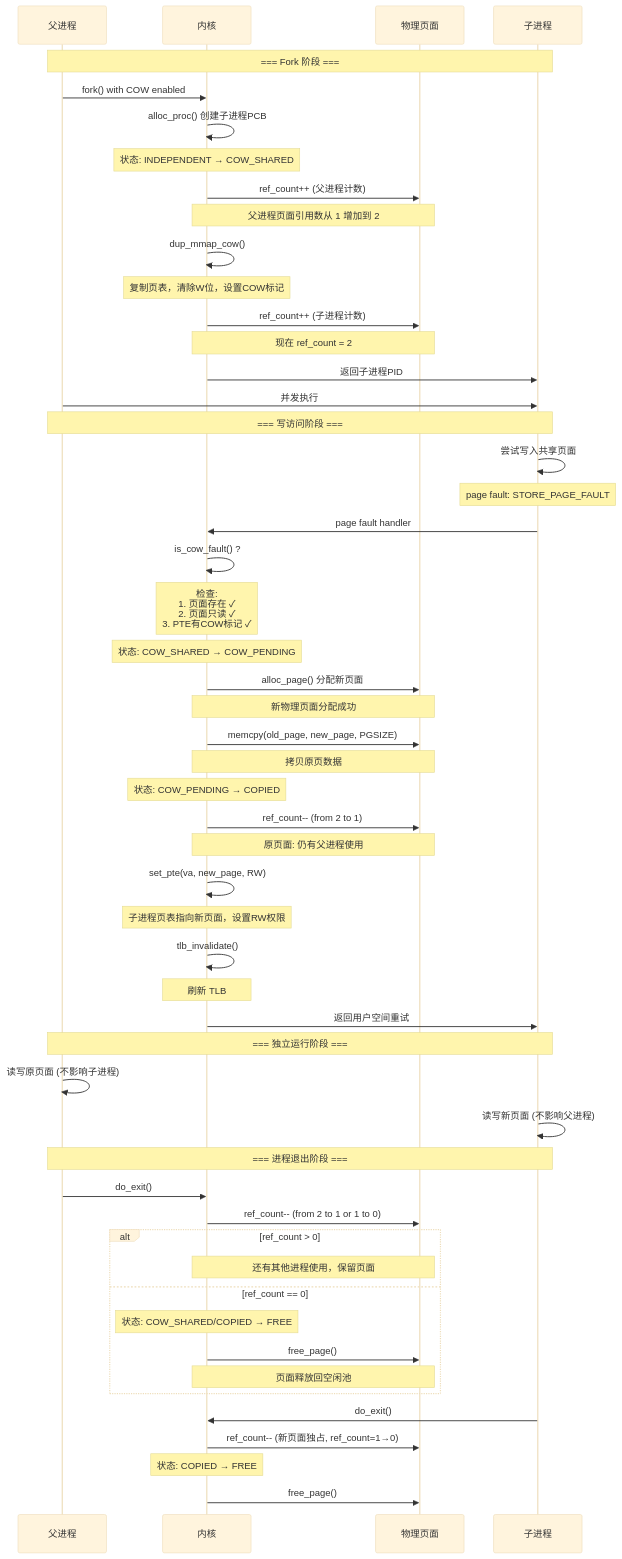
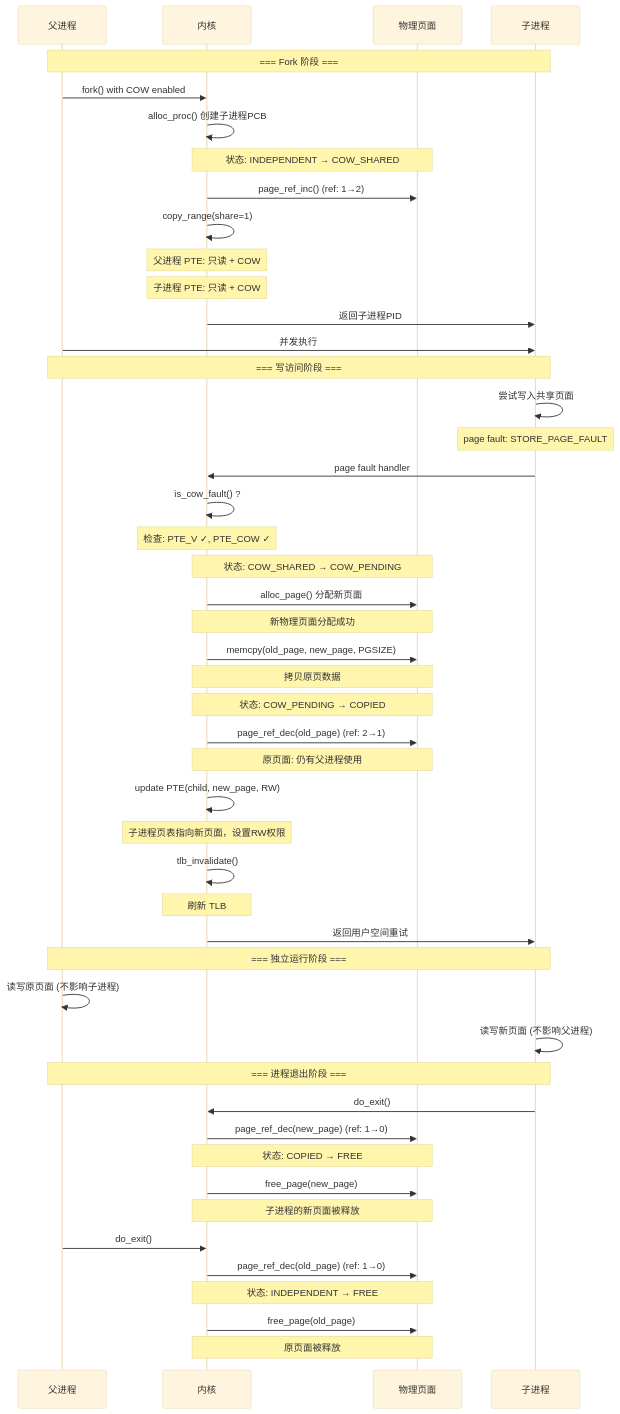
Before and after one commit to Mercycoffee12138/os: the second of 3 diagrams in lab5/Report.md, drawn with Mermaid (base theme). The commit also changed other lines of this file and 117 other files, not shown here.

````diff
--- a/lab5/Report.md
+++ b/lab5/Report.md
@@ -1087,69 +1098,64 @@
 ```mermaid
 sequenceDiagram
     participant Parent as 父进程
     participant Kernel as 内核
     participant Page as 物理页面
     participant Child as 子进程
 
     Note over Parent,Child: === Fork 阶段 ===
     Parent->>Kernel: fork() with COW enabled
     Kernel->>Kernel: alloc_proc() 创建子进程PCB
-    
-    Note over Kernel: 状态: INDEPENDENT → COW_SHARED
-    Kernel->>Page: ref_count++ (父进程计数)
-    Note over Kernel,Page: 父进程页面引用数从 1 增加到 2
-    
-    Kernel->>Kernel: dup_mmap_cow()
-    Note over Kernel: 复制页表，清除W位，设置COW标记
-    Kernel->>Page: ref_count++ (子进程计数)
-    Note over Kernel,Page: 现在 ref_count = 2
-    
+
+    Note over Kernel,Page: 状态: INDEPENDENT → COW_SHARED
+    Kernel->>Page: page_ref_inc() (ref: 1→2)
+
+    Kernel->>Kernel: copy_range(share=1)
+    Note over Kernel: 父进程 PTE: 只读 + COW
+    Note over Kernel: 子进程 PTE: 只读 + COW
+
     Kernel->>Child: 返回子进程PID
     Parent->>Child: 并发执行
 
     Note over Parent,Child: === 写访问阶段 ===
     Child->>Child: 尝试写入共享页面
     Note over Child: page fault: STORE_PAGE_FAULT
     Child->>Kernel: page fault handler
-    
+
     Kernel->>Kernel: is_cow_fault() ?
-    Note over Kernel: 检查: <br/>1. 页面存在 ✓<br/>2. 页面只读 ✓<br/>3. PTE有COW标记 ✓
-    
-    Note over Kernel: 状态: COW_SHARED → COW_PENDING
+    Note over Kernel: 检查: PTE_V ✓, PTE_COW ✓
+
+    Note over Kernel,Page: 状态: COW_SHARED → COW_PENDING
     Kernel->>Page: alloc_page() 分配新页面
     Note over Kernel,Page: 新物理页面分配成功
-    
+
     Kernel->>Page: memcpy(old_page, new_page, PGSIZE)
     Note over Kernel,Page: 拷贝原页数据
-    
-    Note over Kernel: 状态: COW_PENDING → COPIED
-    Kernel->>Page: ref_count-- (from 2 to 1)
+
+    Note over Kernel,Page: 状态: COW_PENDING → COPIED
+    Kernel->>Page: page_ref_dec(old_page) (ref: 2→1)
     Note over Kernel,Page: 原页面: 仍有父进程使用
-    
-    Kernel->>Kernel: set_pte(va, new_page, RW)
+
+    Kernel->>Kernel: update PTE(child, new_page, RW)
     Note over Kernel: 子进程页表指向新页面，设置RW权限
-    
+
     Kernel->>Kernel: tlb_invalidate()
     Note over Kernel: 刷新 TLB
     Kernel->>Child: 返回用户空间重试
 
     Note over Parent,Child: === 独立运行阶段 ===
     Parent->>Parent: 读写原页面 (不影响子进程)
     Child->>Child: 读写新页面 (不影响父进程)
 
     Note over Parent,Child: === 进程退出阶段 ===
+    Child->>Kernel: do_exit()
+    Kernel->>Page: page_ref_dec(new_page) (ref: 1→0)
+    Note over Kernel,Page: 状态: COPIED → FREE
+    Kernel->>Page: free_page(new_page)
+    Note over Kernel,Page: 子进程的新页面被释放
+
     Parent->>Kernel: do_exit()
-    Kernel->>Page: ref_count-- (from 2 to 1 or 1 to 0)
-    alt ref_count > 0
-        Note over Kernel,Page: 还有其他进程使用，保留页面
-    else ref_count == 0
-        Note over Kernel: 状态: COW_SHARED/COPIED → FREE
-        Kernel->>Page: free_page()
-        Note over Kernel,Page: 页面释放回空闲池
-    end
-
-    Child->>Kernel: do_exit()
-    Kernel->>Page: ref_count-- (新页面独占, ref_count=1→0)
-    Note over Kernel: 状态: COPIED → FREE
-    Kernel->>Page: free_page()
+    Kernel->>Page: page_ref_dec(old_page) (ref: 1→0)
+    Note over Kernel,Page: 状态: INDEPENDENT → FREE
+    Kernel->>Page: free_page(old_page)
+    Note over Kernel,Page: 原页面被释放
 ```
````
